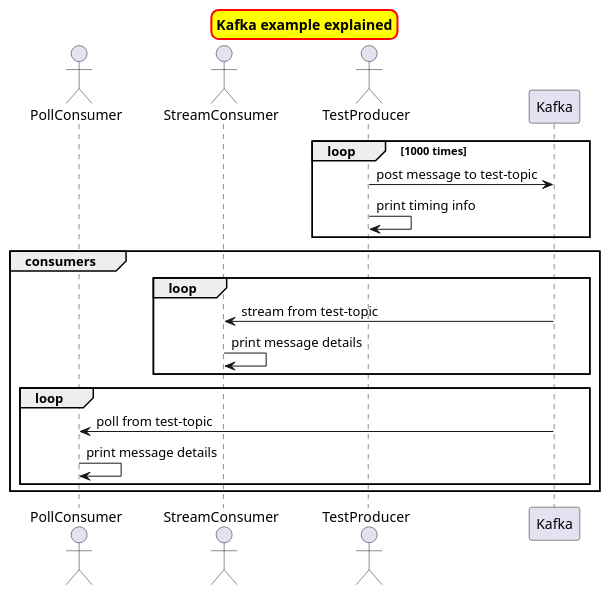
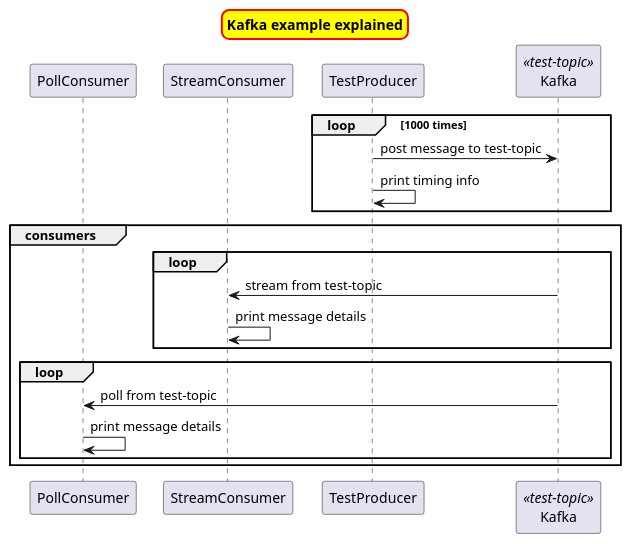
One commit to teedjay/playground-kafka changed the diagram in sequence.puml. Above: the diagram before and after it, drawn with PlantUML.

Commit message:
Change in uml digram from actors to participants.

```diff
--- a/sequence.puml
+++ b/sequence.puml
@@ -1,33 +1,34 @@
 @startuml
 
 ' Install PlantUML plugin for IntelliJ IDEA to render this.
 ' Full PlantUML usage at http://plantuml.com/commons
 
 skinparam titleBorderRoundCorner 15
 skinparam titleBorderThickness 2
 skinparam titleBorderColor red
 skinparam titleBackgroundColor yellow
 
 title Kafka example explained
 
-Actor PollConsumer as pc
-Actor StreamConsumer as sc
-Actor TestProducer as tp
+participant PollConsumer as pc
+participant StreamConsumer as sc
+participant TestProducer as tp
+participant Kafka as k << test-topic >>
 
 loop 1000 times
-    tp -> Kafka : post message to test-topic
+    tp -> k : post message to test-topic
     tp -> tp : print timing info
 end
 
 group consumers
     loop
-        sc <- Kafka : stream from test-topic
+        sc <- k : stream from test-topic
         sc -> sc : print message details
     end
     loop
-        pc <- Kafka : poll from test-topic
+        pc <- k : poll from test-topic
         pc -> pc : print message details
     end
 end
 
 @enduml
```
